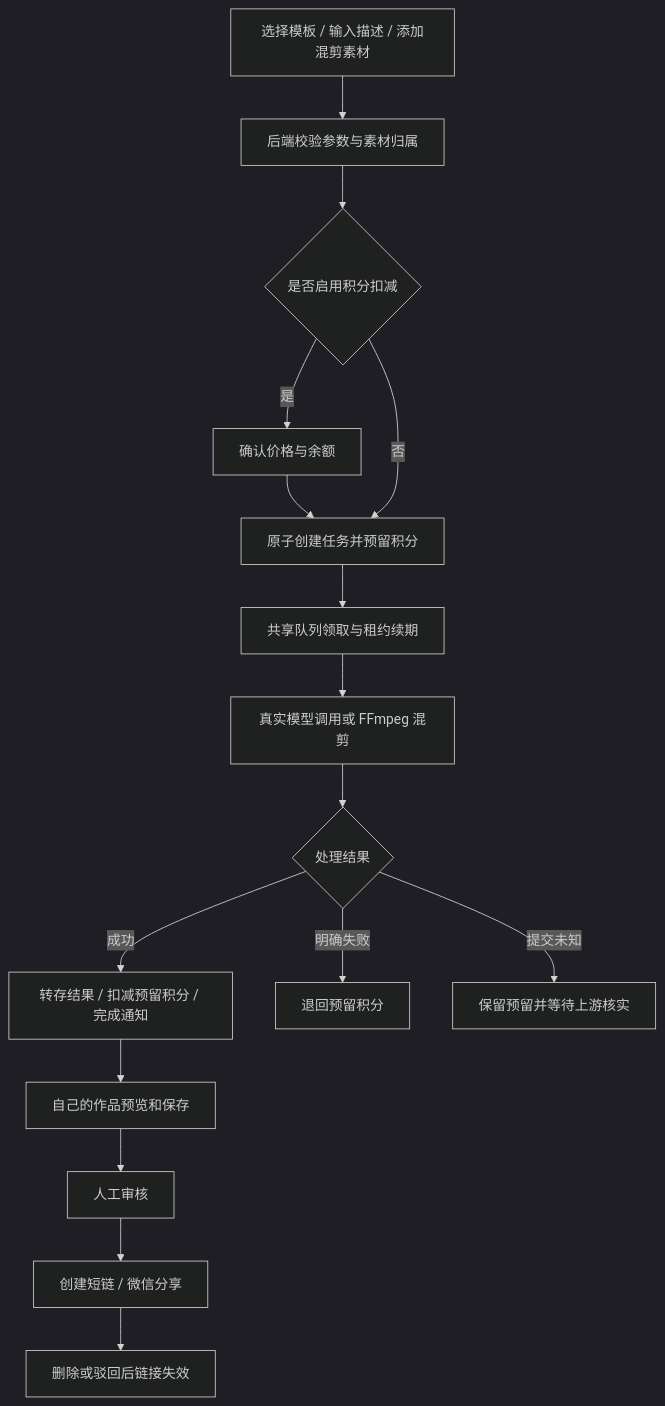
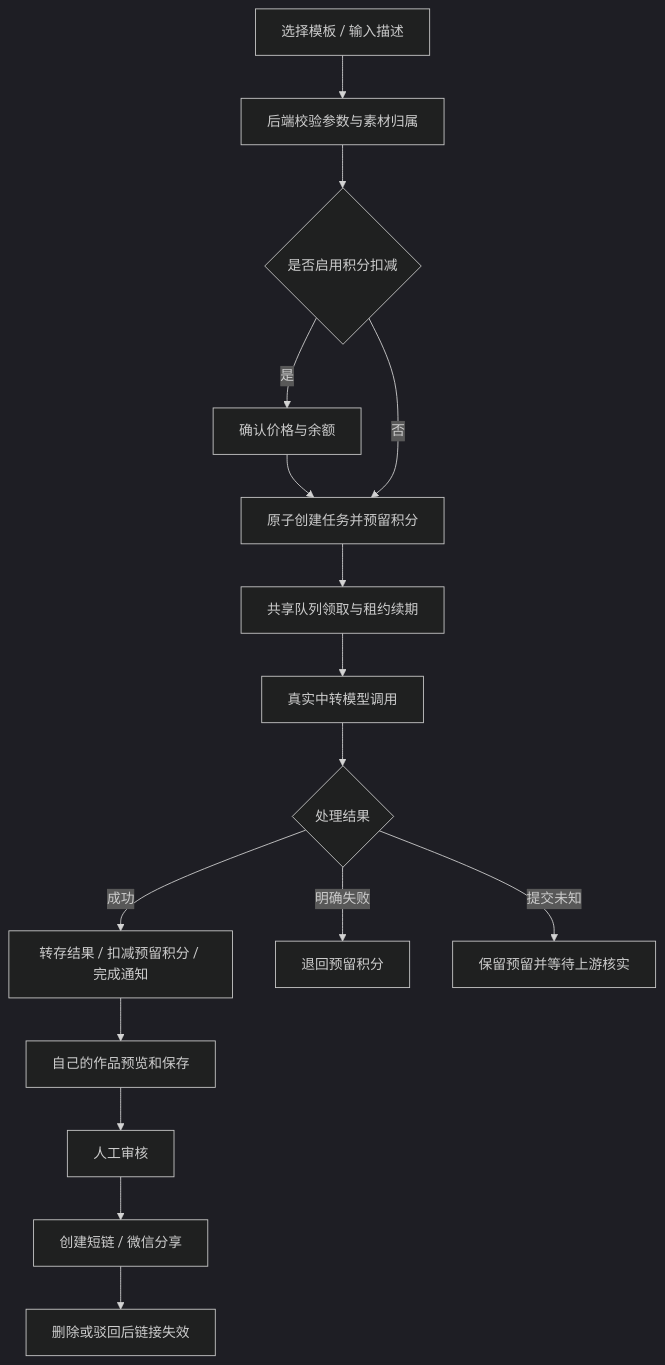
One commit to mbfczzz/douboadmin changed the first of 2 diagrams in docs/quote-flows.md. Above: the diagram before and after it, drawn with Mermaid (dark theme). The commit also changed other lines of this file and 82 other files, not shown here.

````diff
--- a/docs/quote-flows.md
+++ b/docs/quote-flows.md
@@ -5,18 +5,18 @@
 ```mermaid
 flowchart TD
-  A[选择模板 / 输入描述 / 添加混剪素材] --> B[后端校验参数与素材归属]
+  A[选择模板 / 输入描述] --> B[后端校验参数与素材归属]
   B --> C{是否启用积分扣减}
   C -->|是| D[确认价格与余额]
   D --> E[原子创建任务并预留积分]
   C -->|否| E
   E --> F[共享队列领取与租约续期]
-  F --> G[真实模型调用或 FFmpeg 混剪]
+  F --> G[真实中转模型调用]
   G --> H{处理结果}
   H -->|成功| I[转存结果 / 扣减预留积分 / 完成通知]
   H -->|明确失败| J[退回预留积分]
   H -->|提交未知| K[保留预留并等待上游核实]
   I --> L[自己的作品预览和保存]
   L --> M[人工审核]
   M --> N[创建短链 / 微信分享]
   N --> O[删除或驳回后链接失效]
 ```
````
